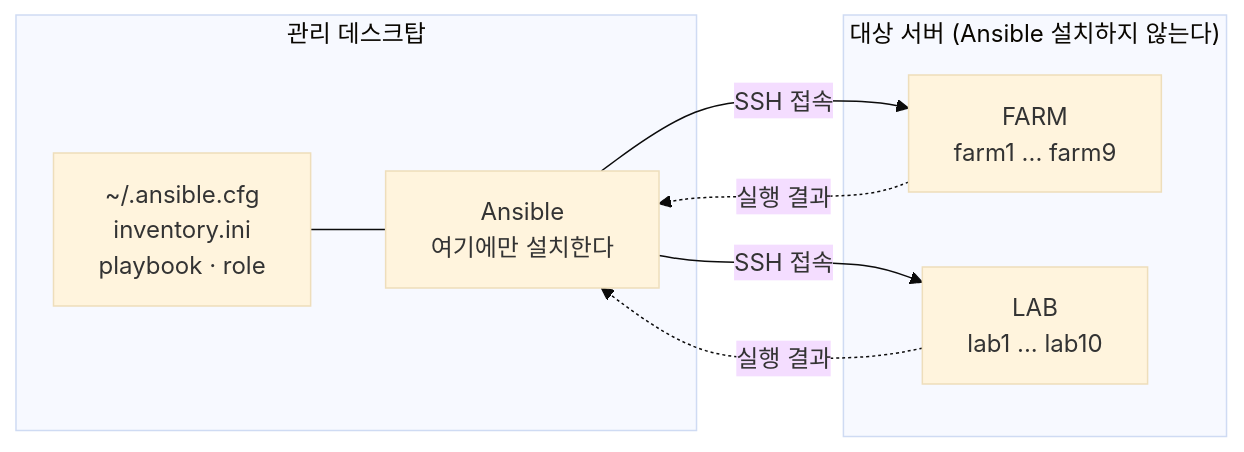
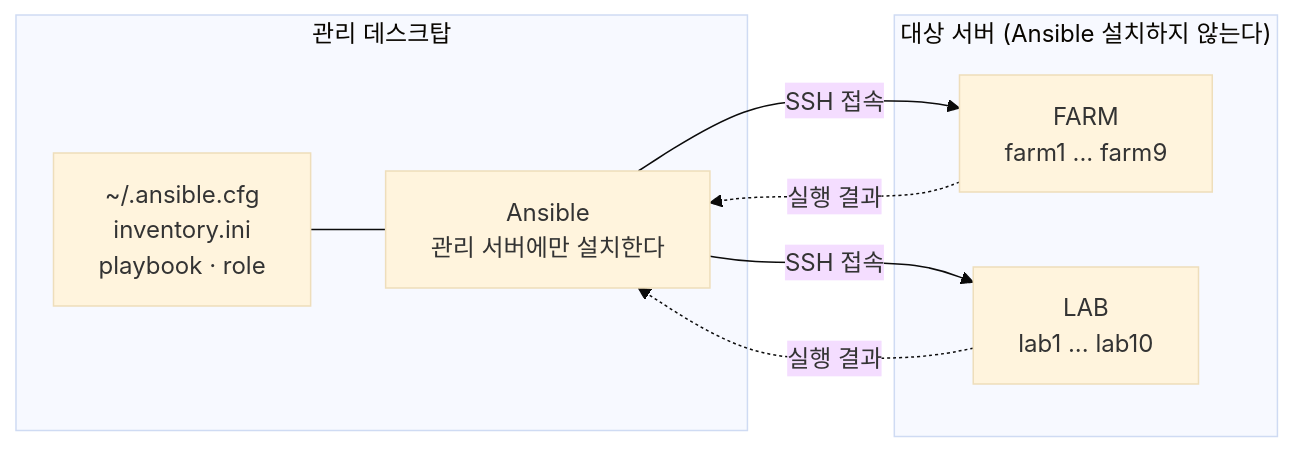
One commit to CSID-DGU/admin_wiki changed the first of 2 diagrams in md/system/ansible/basic.md. Above: the diagram before and after it, drawn with Mermaid (base theme). The commit also changed other lines of this file and 15 other files, not shown here.

````diff
--- a/md/system/ansible/basic.md
+++ b/md/system/ansible/basic.md
@@ -30,16 +29,16 @@
 ```mermaid
 flowchart LR
     subgraph DESK["관리 데스크탑"]
-        A["Ansible<br/>여기에만 설치한다"]
+        A["Ansible<br/>관리 서버에만 설치한다"]
         C["~/.ansible.cfg<br/>inventory.ini<br/>playbook · role"]
     end
     subgraph TARGET["대상 서버 (Ansible 설치하지 않는다)"]
         F["FARM<br/>farm1 ... farm9"]
         L["LAB<br/>lab1 ... lab10"]
     end
     C --- A
     A -->|SSH 접속| F
     A -->|SSH 접속| L
     F -.->|실행 결과| A
     L -.->|실행 결과| A
 ```
````
